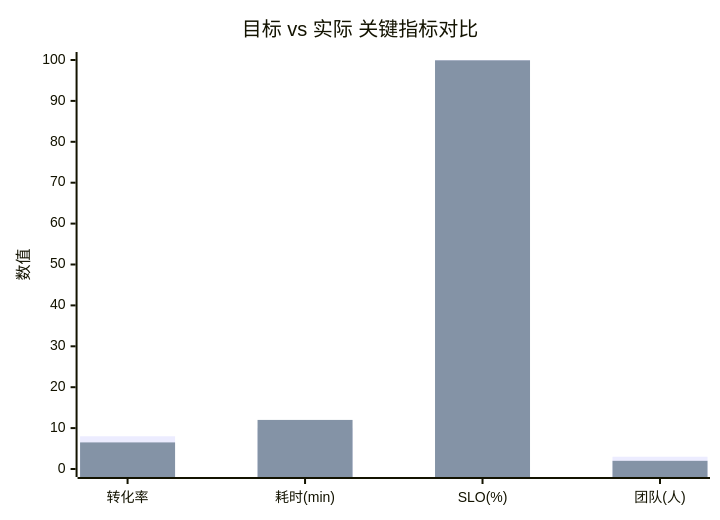
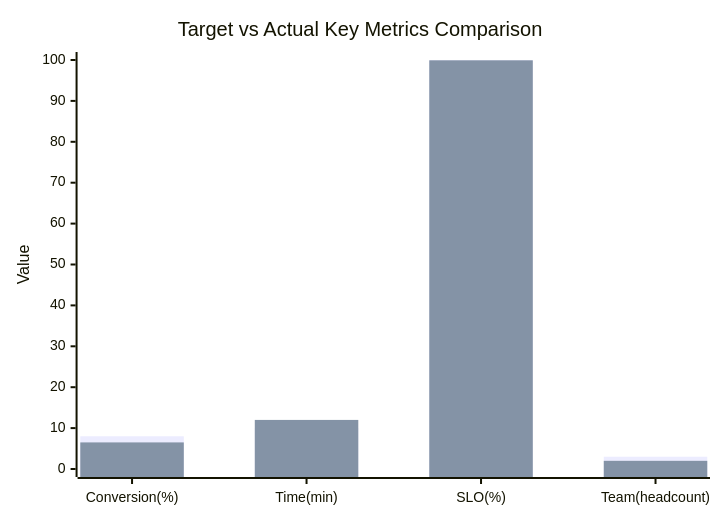
Before and after one commit to Kirky-X/cangjie: the second of 3 diagrams in templates/产品/退役层/【模板】复盘报告.md, drawn with Mermaid. The commit also changed other lines of this file and 12 other files, not shown here.

````diff
--- a/templates/产品/退役层/【模板】复盘报告.md
+++ b/templates/产品/退役层/【模板】复盘报告.md
@@ -143,8 +143,8 @@
 ```mermaid
 xychart-beta
-    title "目标 vs 实际 关键指标对比"
-    x-axis ["转化率", "耗时(min)", "SLO(%)", "团队(人)"]
-    y-axis "数值" 0 --> 100
+    title "Target vs Actual Key Metrics Comparison"
+    x-axis ["Conversion(%)", "Time(min)", "SLO(%)", "Team(headcount)"]
+    y-axis "Value" 0 --> 100
     bar [8, 10, 99.95, 3]
     bar [6.5, 12, 99.92, 2]
 ```
````
